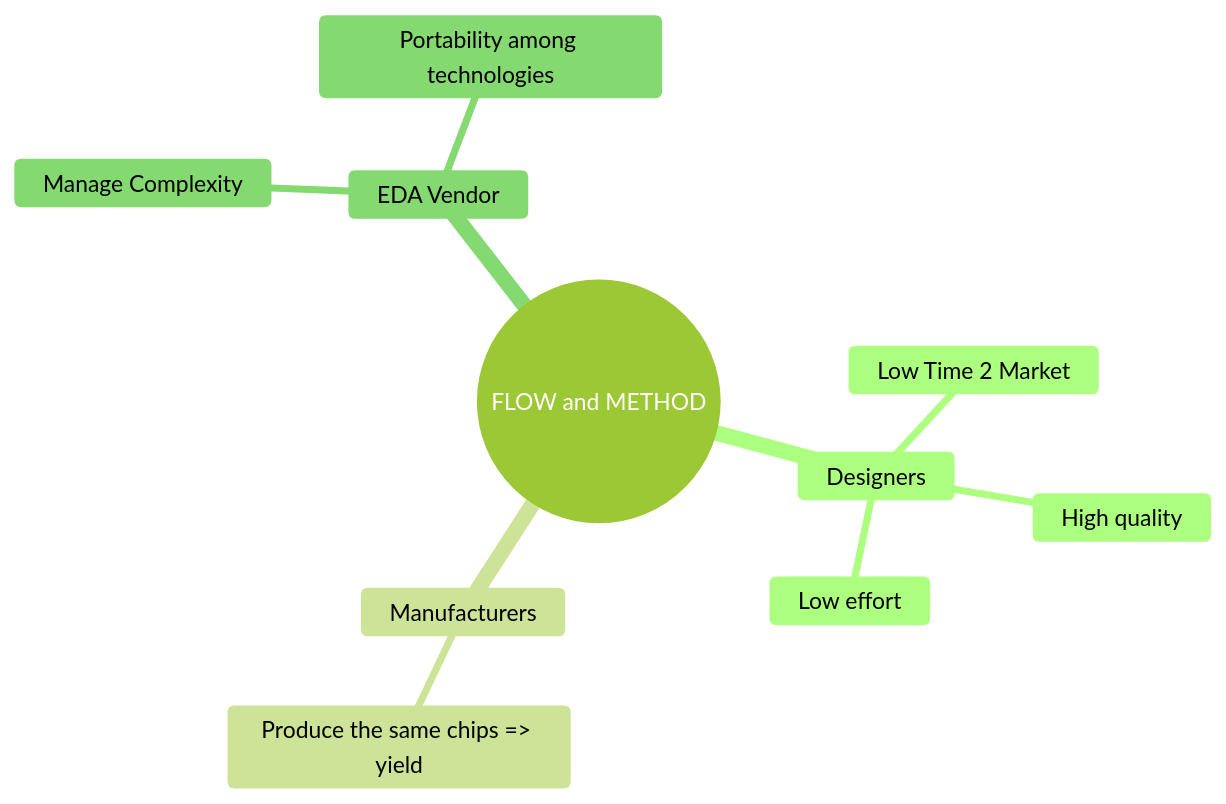
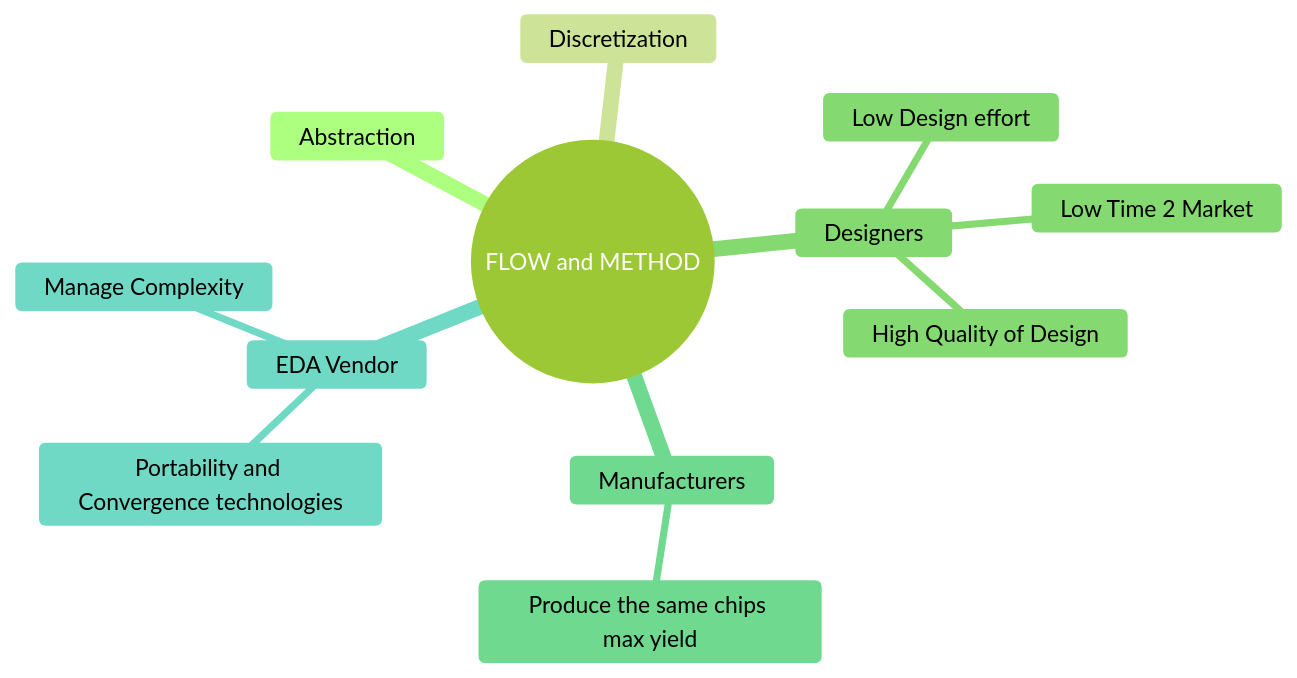
Before and after one commit to ilnerdchuck/vault: the diagram in vault/3_Uni/[SODS] Synthesis_and_optimization_of_digital_systems.md, drawn with Mermaid (forest theme). The commit also changed other lines of this file and 529 other files, not shown here.

````diff
--- a/vault/3_Uni/[SODS] Synthesis_and_optimization_of_digital_systems.md
+++ b/vault/3_Uni/[SODS] Synthesis_and_optimization_of_digital_systems.md
@@ -98,13 +98,15 @@
 ```mermaid
 mindmap
   root((FLOW and METHOD))
+    Abstraction
+    Discretization
     Designers
         Low Time 2 Market
-        High quality 
-        Low effort
+        High Quality of Design
+        Low Design effort
     Manufacturers
-        Produce the same chips => yield
+        Produce the same chips max yield
     EDA Vendor
         Manage Complexity
-        Portability among technologies
+        Portability and Convergence technologies
 ```
````
